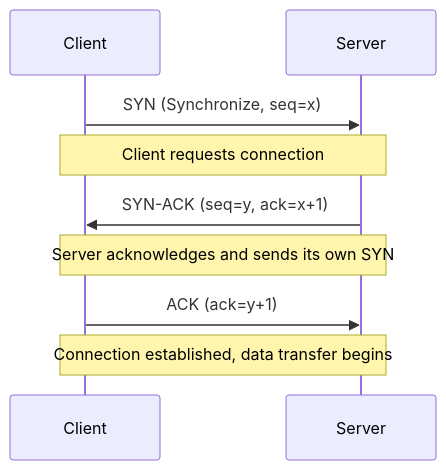
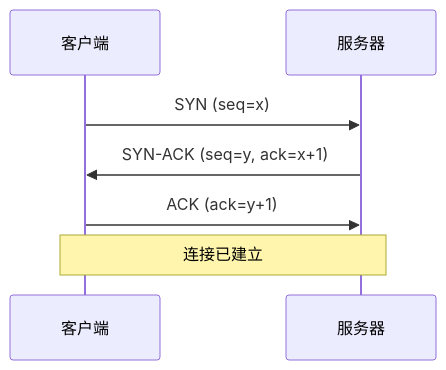
One commit to autoscrape-labs/pydoll changed the second of 3 diagrams in docs/zh/deep-dive/network/network-fundamentals.md. Above: the diagram before and after it, drawn with Mermaid. The commit also changed other lines of this file and 241 other files, not shown here.

````diff
--- a/docs/zh/deep-dive/network/network-fundamentals.md
+++ b/docs/zh/deep-dive/network/network-fundamentals.md
@@ -99,14 +71,10 @@
 ```mermaid
 sequenceDiagram
-    participant Client
-    participant Server
+    participant Client as 客户端
+    participant Server as 服务器
 
-    Client->>Server: SYN (Synchronize, seq=x)
-    Note over Client,Server: Client requests connection
-
+    Client->>Server: SYN (seq=x)
     Server->>Client: SYN-ACK (seq=y, ack=x+1)
-    Note over Client,Server: Server acknowledges and sends its own SYN
-
     Client->>Server: ACK (ack=y+1)
-    Note over Client,Server: Connection established, data transfer begins
+    Note over Client,Server: 连接已建立
 ```
````
